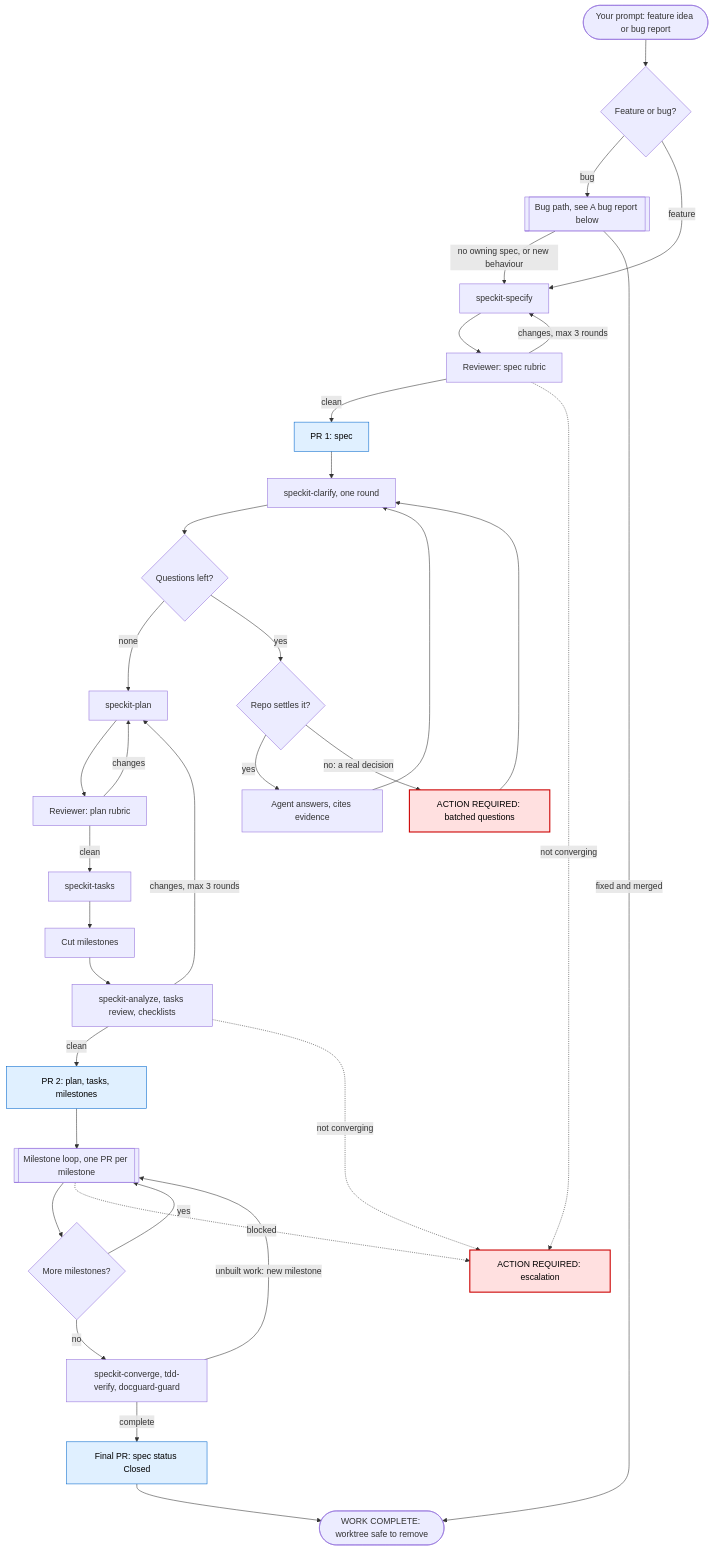
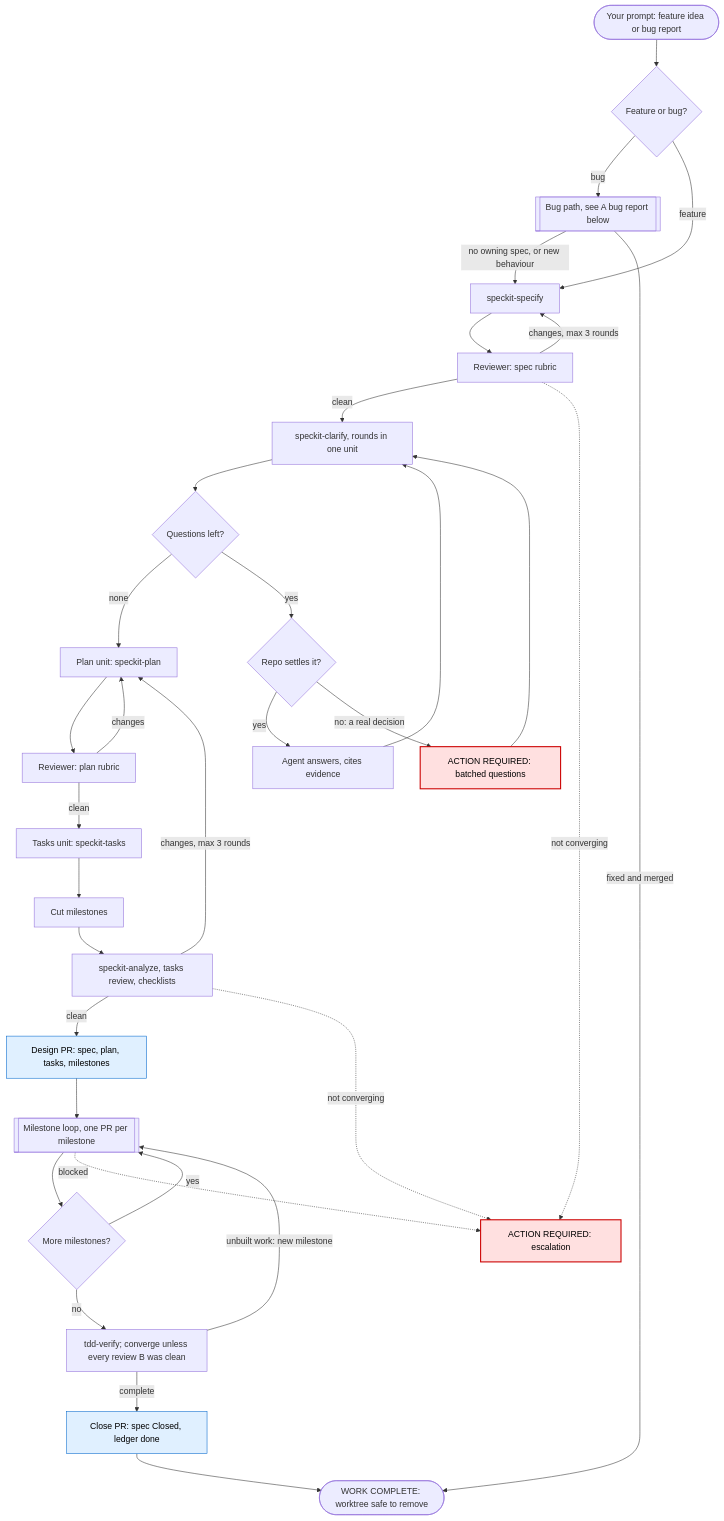
One commit to jaroslawherod/micold-ai-ide changed the first of 3 diagrams in .claude/skills/speckit-autopilot/README.md. Above: the diagram before and after it, drawn with Mermaid. The commit also changed other lines of this file and 23 other files, not shown here.

````diff
--- a/.claude/skills/speckit-autopilot/README.md
+++ b/.claude/skills/speckit-autopilot/README.md
@@ -23,48 +23,47 @@
 ```mermaid
 flowchart TD
     START(["Your prompt: feature idea or bug report"]) --> TRIAGE{"Feature or bug?"}
 
     TRIAGE -->|bug| BUGPATH[["Bug path, see A bug report below"]]
     BUGPATH -->|"no owning spec, or new behaviour"| SPEC
     BUGPATH -->|"fixed and merged"| DONE
 
     TRIAGE -->|feature| SPEC["speckit-specify"]
     SPEC --> SREV["Reviewer: spec rubric"]
     SREV -->|"changes, max 3 rounds"| SPEC
-    SREV -->|clean| PR1["PR 1: spec"]
+    SREV -->|clean| CSCAN["speckit-clarify, rounds in one unit"]
 
-    PR1 --> CSCAN["speckit-clarify, one round"]
     CSCAN --> CQ{"Questions left?"}
     CQ -->|none| PLAN
     CQ -->|yes| CTRI{"Repo settles it?"}
     CTRI -->|yes| CAUTO["Agent answers, cites evidence"]
     CTRI -->|"no: a real decision"| H1["ACTION REQUIRED: batched questions"]
     CAUTO --> CSCAN
     H1 --> CSCAN
 
-    PLAN["speckit-plan"] --> PREV["Reviewer: plan rubric"]
+    PLAN["Plan unit: speckit-plan"] --> PREV["Reviewer: plan rubric"]
     PREV -->|changes| PLAN
-    PREV -->|clean| TASKS["speckit-tasks"]
+    PREV -->|clean| TASKS["Tasks unit: speckit-tasks"]
     TASKS --> MCUT["Cut milestones"]
     MCUT --> ANA["speckit-analyze, tasks review, checklists"]
     ANA -->|"changes, max 3 rounds"| PLAN
-    ANA -->|clean| PR2["PR 2: plan, tasks, milestones"]
+    ANA -->|clean| PR2["Design PR: spec, plan, tasks, milestones"]
 
     PR2 --> MLOOP[["Milestone loop, one PR per milestone"]]
     MLOOP --> MORE{"More milestones?"}
     MORE -->|yes| MLOOP
-    MORE -->|no| CLOSE["speckit-converge, tdd-verify, docguard-guard"]
+    MORE -->|no| CLOSE["tdd-verify; converge unless every review B was clean"]
     CLOSE -->|"unbuilt work: new milestone"| MLOOP
-    CLOSE -->|complete| FIN["Final PR: spec status Closed"]
+    CLOSE -->|complete| FIN["Close PR: spec Closed, ledger done"]
     FIN --> DONE(["WORK COMPLETE: worktree safe to remove"])
 
     ESC["ACTION REQUIRED: escalation"]
     SREV -.->|"not converging"| ESC
     ANA -.->|"not converging"| ESC
     MLOOP -.->|blocked| ESC
 
     classDef human fill:#ffe0e0,stroke:#c00,stroke-width:2px,color:#000
     classDef pr fill:#e0f0ff,stroke:#06c,color:#000
     class H1,ESC human
-    class PR1,PR2,FIN pr
+    class PR2,FIN pr
 ```
````
